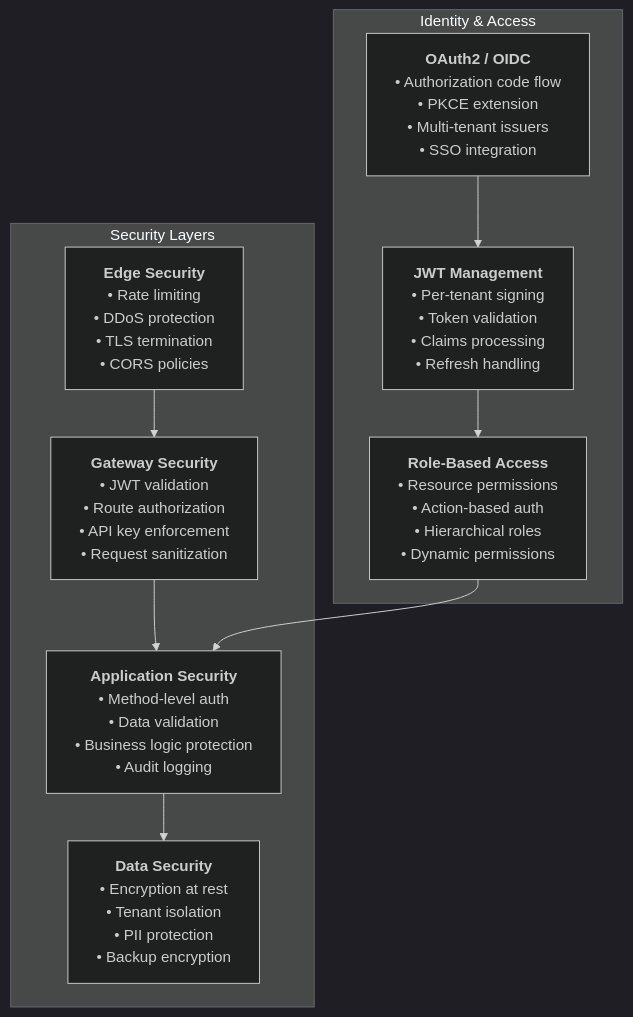
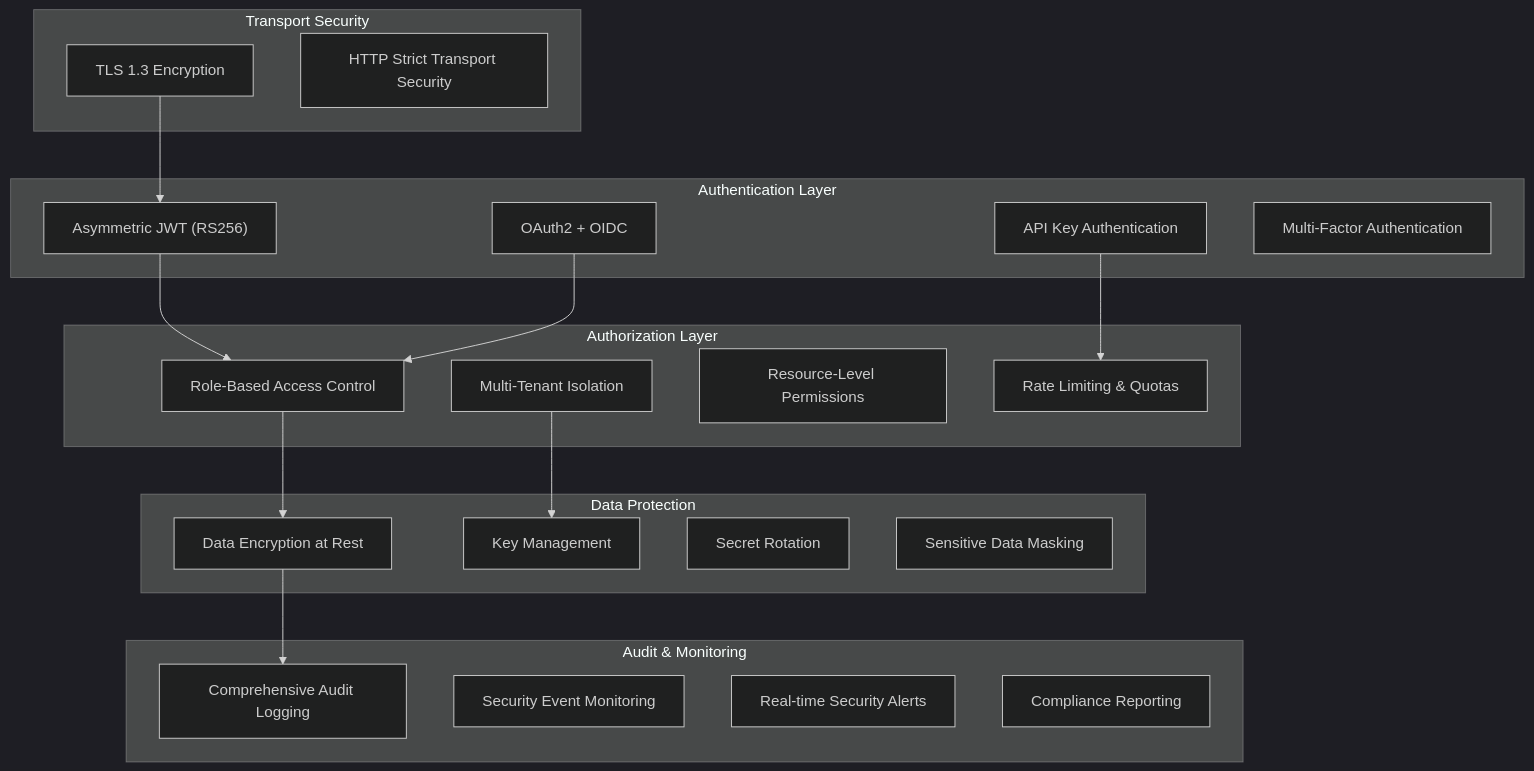
One commit to flamingo-stack/openframe-oss-lib changed the first of 4 diagrams in docs/development/security/README.md. Above: the diagram before and after it, drawn with Mermaid (dark theme). The commit also changed other lines of this file and 172 other files, not shown here.

````diff
--- a/docs/development/security/README.md
+++ b/docs/development/security/README.md
@@ -9,56 +9,43 @@
 ```mermaid
 flowchart TD
-    subgraph "Security Layers"
-        Edge["`**Edge Security**
-        • Rate limiting
-        • DDoS protection
-        • TLS termination
-        • CORS policies`"]
-        
-        Gateway["`**Gateway Security**
-        • JWT validation
-        • Route authorization
-        • API key enforcement
-        • Request sanitization`"]
-        
-        Application["`**Application Security**
-        • Method-level auth
-        • Data validation
-        • Business logic protection
-        • Audit logging`"]
-        
-        Data["`**Data Security**
-        • Encryption at rest
-        • Tenant isolation
-        • PII protection
-        • Backup encryption`"]
+    subgraph "Transport Security"
+        TLS["TLS 1.3 Encryption"]
+        HSTS["HTTP Strict Transport Security"]
     end
 
-    subgraph "Identity & Access"
-        OAuth2["`**OAuth2 / OIDC**
-        • Authorization code flow
-        • PKCE extension
-        • Multi-tenant issuers
-        • SSO integration`"]
-        
-        JWT["`**JWT Management**
-        • Per-tenant signing
-        • Token validation
-        • Claims processing
-        • Refresh handling`"]
-        
-        RBAC["`**Role-Based Access**
-        • Resource permissions
-        • Action-based auth
-        • Hierarchical roles
-        • Dynamic permissions`"]
+    subgraph "Authentication Layer"
+        JWT["Asymmetric JWT (RS256)"]
+        OAuth2["OAuth2 + OIDC"]
+        APIKeys["API Key Authentication"]
+        MFA["Multi-Factor Authentication"]
     end
 
-    Edge --> Gateway
-    Gateway --> Application
-    Application --> Data
-    
-    OAuth2 --> JWT
+    subgraph "Authorization Layer"
+        RBAC["Role-Based Access Control"]
+        TenantIsolation["Multi-Tenant Isolation"]
+        ResourceScoping["Resource-Level Permissions"]
+        RateLimit["Rate Limiting & Quotas"]
+    end
+
+    subgraph "Data Protection"
+        Encryption["Data Encryption at Rest"]
+        KeyManagement["Key Management"]
+        SecretRotation["Secret Rotation"]
+        DataMasking["Sensitive Data Masking"]
+    end
+
+    subgraph "Audit & Monitoring"
+        AuditLogs["Comprehensive Audit Logging"]
+        SecurityEvents["Security Event Monitoring"]
+        Alerting["Real-time Security Alerts"]
+        Compliance["Compliance Reporting"]
+    end
+
+    TLS --> JWT
     JWT --> RBAC
-    RBAC --> Application
+    OAuth2 --> RBAC
+    APIKeys --> RateLimit
+    RBAC --> Encryption
+    TenantIsolation --> KeyManagement
+    Encryption --> AuditLogs
 ```
````
